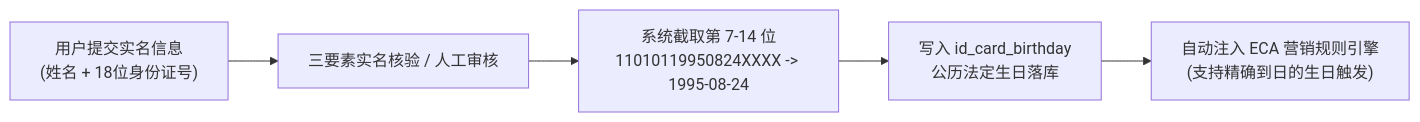
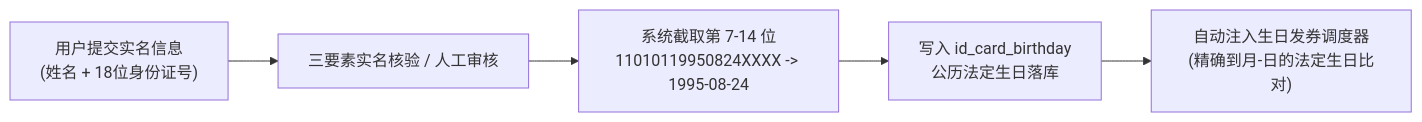
Before and after one commit to QAQ000000/idc: the first of 2 diagrams in docs/MARKETING_ENGINE.md, drawn with Mermaid. The commit also changed other lines of this file and 9 other files, not shown here.

Commit message:
refactor(spec): streamline architecture, drop ECA bloat and adopt task-as-lock

````diff
--- a/docs/MARKETING_ENGINE.md
+++ b/docs/MARKETING_ENGINE.md
@@ -18,7 +20,7 @@
 ```mermaid
 flowchart LR
     A["用户提交实名信息<br/>(姓名 + 18位身份证号)"] --> B["三要素实名核验 / 人工审核"]
     B --> C["系统截取第 7-14 位<br/>11010119950824XXXX -> 1995-08-24"]
     C --> D["写入 id_card_birthday<br/>公历法定生日落库"]
-    D --> E["自动注入 ECA 营销规则引擎<br/>(支持精确到日的生日触发)"]
+    D --> E["自动注入生日发券调度器<br/>(精确到月-日的法定生日比对)"]
 ```
````
